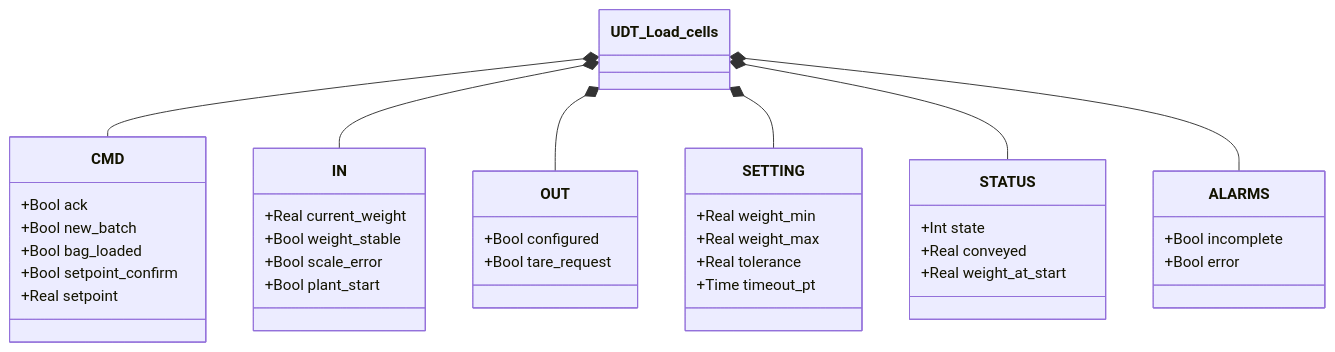
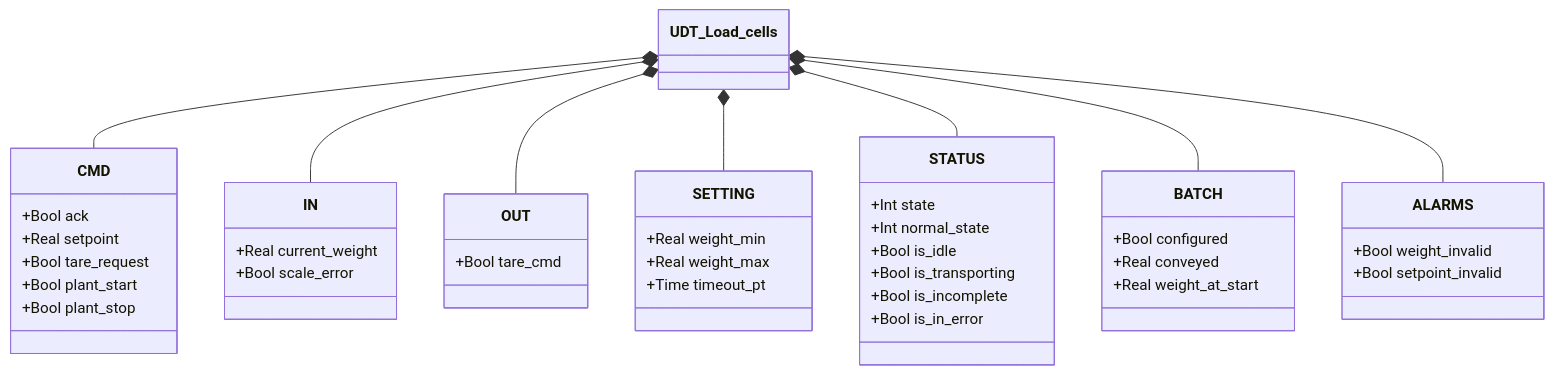
The first of 2 diagrams in docs/library/load-cells/index.it.md (AleFire99/TIA_knowledge), drawn with Mermaid before and after one commit. The commit also changed other lines of this file and 112 other files, not shown here.

````diff
--- a/docs/library/load-cells/index.it.md
+++ b/docs/library/load-cells/index.it.md
@@ -113,42 +124,47 @@
 ```mermaid
 classDiagram
     class UDT_Load_cells
     class CMD {
         +Bool ack
-        +Bool new_batch
-        +Bool bag_loaded
-        +Bool setpoint_confirm
         +Real setpoint
+        +Bool tare_request
+        +Bool plant_start
+        +Bool plant_stop
     }
     class IN {
         +Real current_weight
-        +Bool weight_stable
         +Bool scale_error
-        +Bool plant_start
     }
     class OUT {
-        +Bool configured
-        +Bool tare_request
+        +Bool tare_cmd
     }
     class SETTING {
         +Real weight_min
         +Real weight_max
-        +Real tolerance
         +Time timeout_pt
     }
     class STATUS {
         +Int state
+        +Int normal_state
+        +Bool is_idle
+        +Bool is_transporting
+        +Bool is_incomplete
+        +Bool is_in_error
+    }
+    class BATCH {
+        +Bool configured
         +Real conveyed
         +Real weight_at_start
     }
     class ALARMS {
-        +Bool incomplete
-        +Bool error
+        +Bool weight_invalid
+        +Bool setpoint_invalid
     }
     UDT_Load_cells *-- CMD
     UDT_Load_cells *-- IN
     UDT_Load_cells *-- OUT
     UDT_Load_cells *-- SETTING
     UDT_Load_cells *-- STATUS
+    UDT_Load_cells *-- BATCH
     UDT_Load_cells *-- ALARMS
 ```
````
